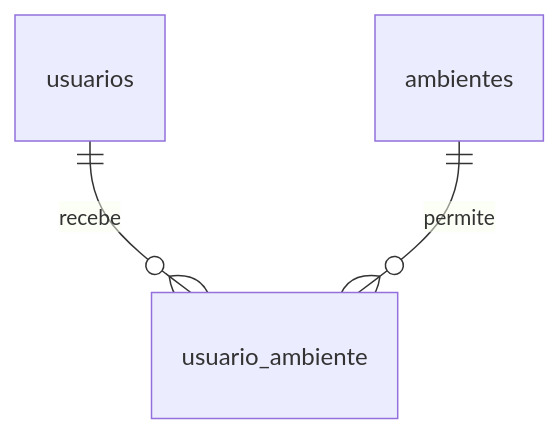
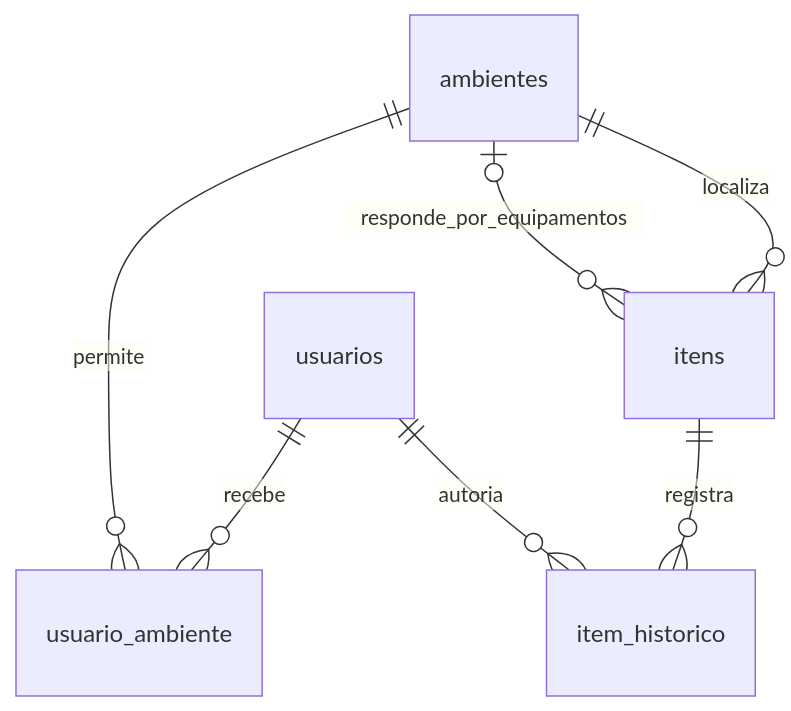
One commit to lg-devhub/laboratory-project-integrator changed the diagram in docs/modelo-banco.md. Above: the diagram before and after it, drawn with Mermaid. The commit also changed other lines of this file and 50 other files, not shown here.

````diff
--- a/docs/modelo-banco.md
+++ b/docs/modelo-banco.md
@@ -10,5 +10,9 @@
 ```mermaid
 erDiagram
     usuarios ||--o{ usuario_ambiente : recebe
     ambientes ||--o{ usuario_ambiente : permite
+    ambientes ||--o{ itens : localiza
+    ambientes |o--o{ itens : responde_por_equipamentos
+    itens ||--o{ item_historico : registra
+    usuarios ||--o{ item_historico : autoria
 ```
````
